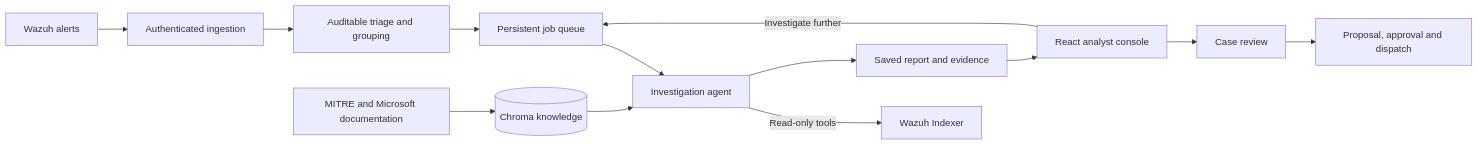
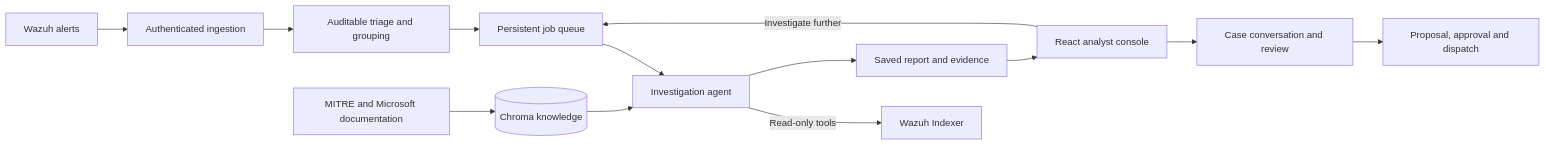
One commit to Zouhairgurtaoui/cybertriage changed the first of 2 diagrams in README.md. Above: the diagram before and after it, drawn with Mermaid. The commit also changed other lines of this file and 26 other files, not shown here.

````diff
--- a/README.md
+++ b/README.md
@@ -10,15 +10,15 @@
 ```mermaid
 flowchart LR
     W[Wazuh alerts] --> I[Authenticated ingestion]
     I --> T[Auditable triage and grouping]
     T --> Q[Persistent job queue]
     Q --> A[Investigation agent]
     K[(Chroma knowledge)] --> A
     D[MITRE and Microsoft documentation] --> K
     A -->|Read-only tools| X[Wazuh Indexer]
     A --> R[Saved report and evidence]
     R --> U[React analyst console]
     U -->|Investigate further| Q
-    U --> C[Case review]
+    U --> C[Case conversation and review]
     C --> P[Proposal, approval and dispatch]
 ```
````
